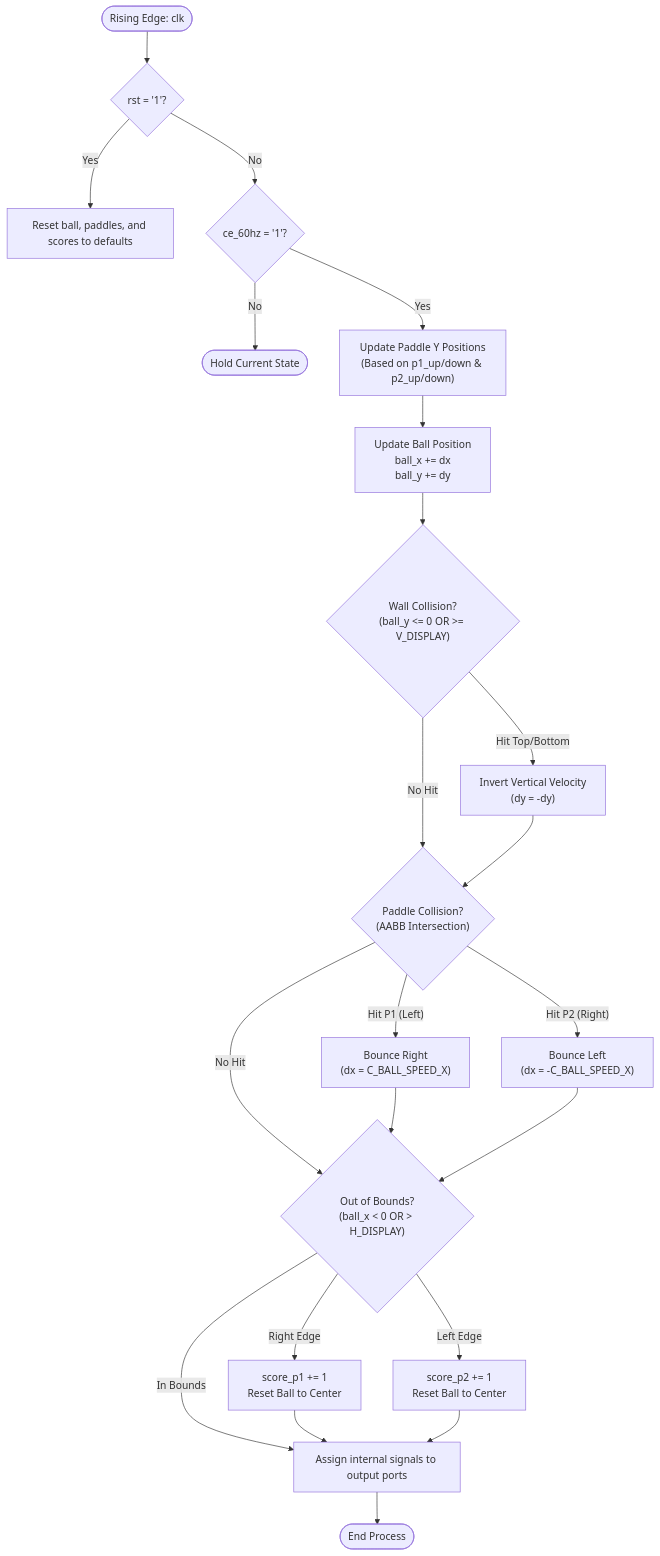
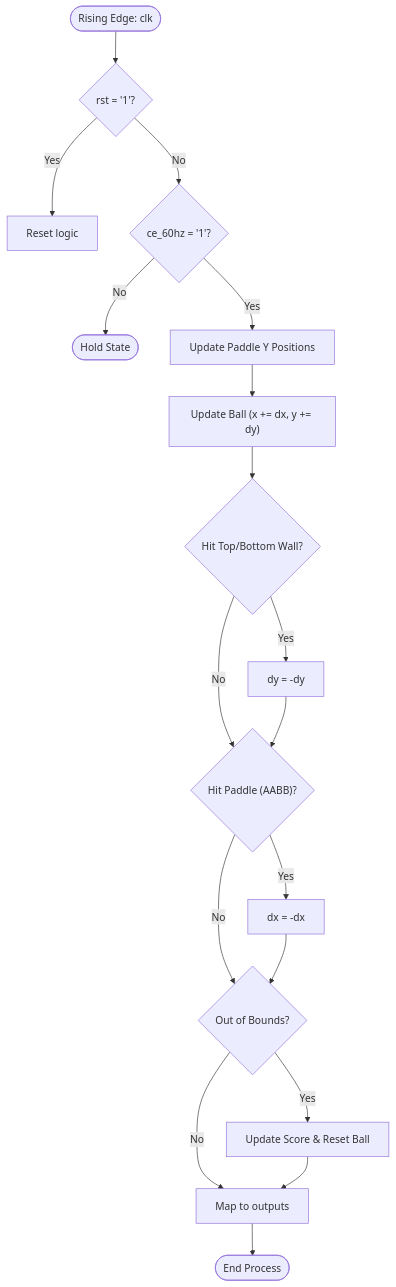
One commit to Tomer27cz/vga_vhdl changed the diagram in .github/PONG_PHYSICS.md. Above: the diagram before and after it, drawn with Mermaid. The commit also changed other lines of this file and 2 other files, not shown here.

Commit message:
docs revision

````diff
--- a/.github/PONG_PHYSICS.md
+++ b/.github/PONG_PHYSICS.md
@@ -51,32 +52,28 @@
 ```mermaid
 flowchart TD
     START([Rising Edge: clk]) --> RST{"rst = '1'?"}
-    RST -- Yes --> RESET_STATE["Reset ball, paddles, and scores to defaults"]
+    RST -- Yes --> RESET_STATE["Reset logic"]
     RST -- No --> CE{"ce_60hz = '1'?"}
     
-    CE -- No --> IDLE([Hold Current State])
-    CE -- Yes --> PADDLES["Update Paddle Y Positions<br>(Based on p1_up/down & p2_up/down)"]
+    CE -- No --> IDLE([Hold State])
+    CE -- Yes --> PADDLES["Update Paddle Y Positions"]
     
-    PADDLES --> BALL["Update Ball Position<br>ball_x += dx<br>ball_y += dy"]
+    PADDLES --> BALL["Update Ball (x += dx, y += dy)"]
     
-    BALL --> WALL_COL{"Wall Collision?<br>(ball_y <= 0 OR >= V_DISPLAY)"}
-    WALL_COL -- Hit Top/Bottom --> REV_DY["Invert Vertical Velocity<br>(dy = -dy)"]
-    WALL_COL -- No Hit --> PAD_COL
+    BALL --> WALL_COL{"Hit Top/Bottom Wall?"}
+    WALL_COL -- Yes --> REV_DY["dy = -dy"]
+    WALL_COL -- No --> PAD_COL
     REV_DY --> PAD_COL
     
-    PAD_COL{"Paddle Collision?<br>(AABB Intersection)"}
-    PAD_COL -- Hit P1 (Left) --> REV_DX1["Bounce Right<br>(dx = C_BALL_SPEED_X)"]
-    PAD_COL -- Hit P2 (Right) --> REV_DX2["Bounce Left<br>(dx = -C_BALL_SPEED_X)"]
-    PAD_COL -- No Hit --> OOB
-    REV_DX1 --> OOB
-    REV_DX2 --> OOB
+    PAD_COL{"Hit Paddle (AABB)?"}
+    PAD_COL -- Yes --> REV_DX["dx = -dx"]
+    PAD_COL -- No --> OOB
+    REV_DX --> OOB
     
-    OOB{"Out of Bounds?<br>(ball_x < 0 OR > H_DISPLAY)"}
-    OOB -- Left Edge --> P2_SCORE["score_p2 += 1<br>Reset Ball to Center"]
-    OOB -- Right Edge --> P1_SCORE["score_p1 += 1<br>Reset Ball to Center"]
-    OOB -- In Bounds --> OUT_MAP
-    P1_SCORE --> OUT_MAP
-    P2_SCORE --> OUT_MAP
+    OOB{"Out of Bounds?"}
+    OOB -- Yes --> SCORE["Update Score & Reset Ball"]
+    OOB -- No --> OUT_MAP
+    SCORE --> OUT_MAP
     
-    OUT_MAP["Assign internal signals to output ports"] --> END([End Process])
+    OUT_MAP["Map to outputs"] --> END([End Process])
 ```
````
